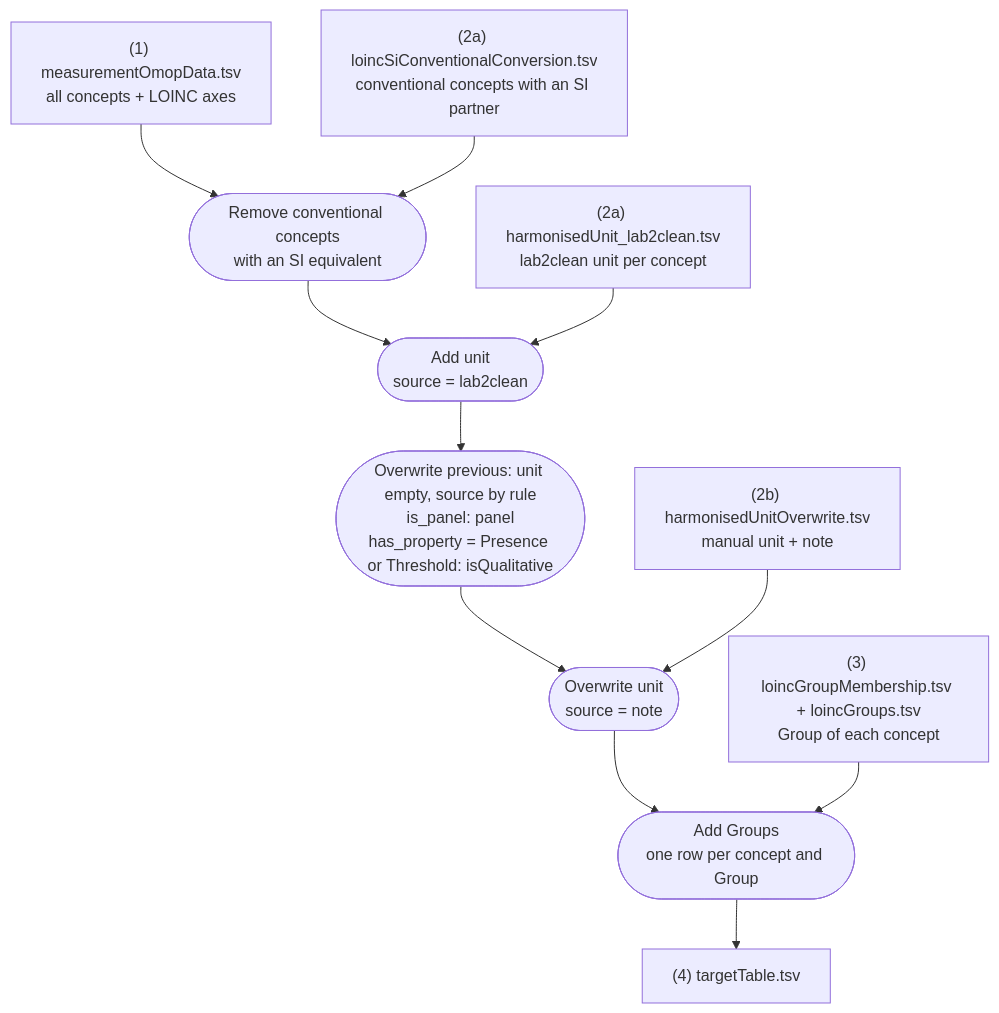
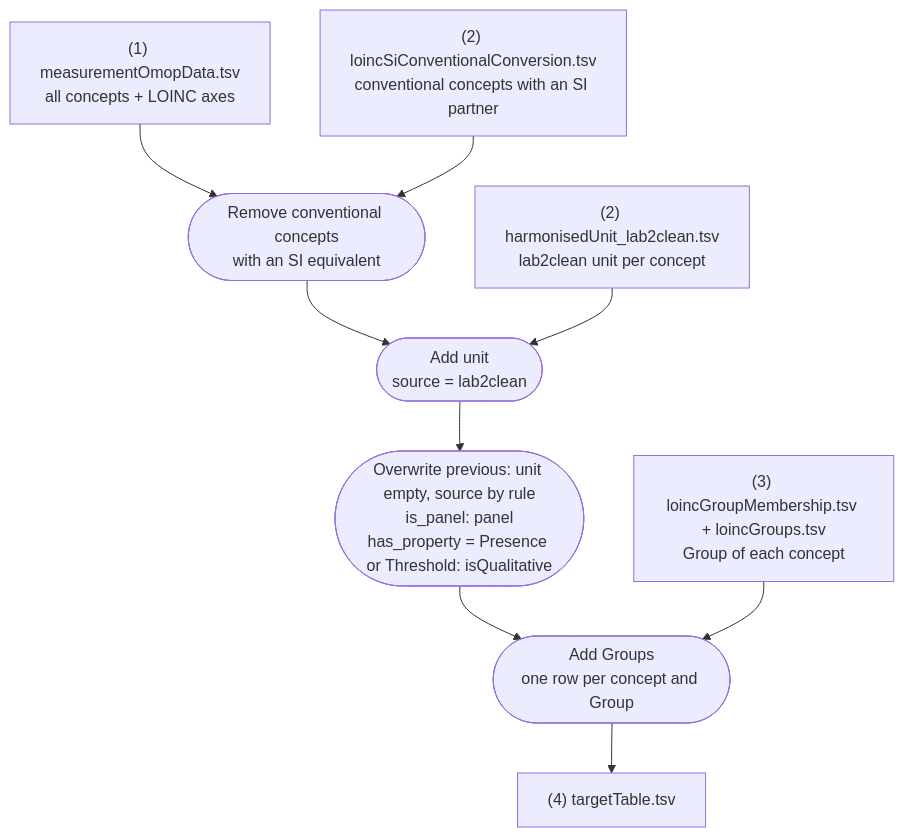
Before and after one commit to FINNGEN/kanta_lab_harmonisation_public: the diagram in SCRIPTS/3_Target/4_BuildTargetTable/README.md, drawn with Mermaid. The commit also changed other lines of this file and 24 other files, not shown here.

Commit message:
Target, Harmonisation: Move harmonisedUnitOverwrite.tsv to 2_Harmonisation, rename 2a_GetHarmonisedUnitFromLab2Clean to 2_

````diff
--- a/SCRIPTS/3_Target/4_BuildTargetTable/README.md
+++ b/SCRIPTS/3_Target/4_BuildTargetTable/README.md
@@ -73,13 +74,11 @@
 ```mermaid
 flowchart TD
     A["(1) measurementOmopData.tsv<br/>all concepts + LOINC axes"] --> B
-    X["(2a) loincSiConventionalConversion.tsv<br/>conventional concepts with an SI partner"] --> B
+    X["(2) loincSiConventionalConversion.tsv<br/>conventional concepts with an SI partner"] --> B
     B(["Remove conventional concepts<br/>with an SI equivalent"]) --> C
-    D["(2a) harmonisedUnit_lab2clean.tsv<br/>lab2clean unit per concept"] --> C
+    D["(2) harmonisedUnit_lab2clean.tsv<br/>lab2clean unit per concept"] --> C
     C(["Add unit<br/>source = lab2clean"]) --> F
-    F(["Overwrite previous: unit empty, source by rule<br/>is_panel: panel<br/>has_property = Presence or Threshold: isQualitative"]) --> E
-    O["(2b) harmonisedUnitOverwrite.tsv<br/>manual unit + note"] --> E
-    E(["Overwrite unit<br/>source = note"]) --> H
+    F(["Overwrite previous: unit empty, source by rule<br/>is_panel: panel<br/>has_property = Presence or Threshold: isQualitative"]) --> H
     L["(3) loincGroupMembership.tsv + loincGroups.tsv<br/>Group of each concept"] --> H
     H(["Add Groups<br/>one row per concept and Group"]) --> T["(4) targetTable.tsv"]
 ```
````
